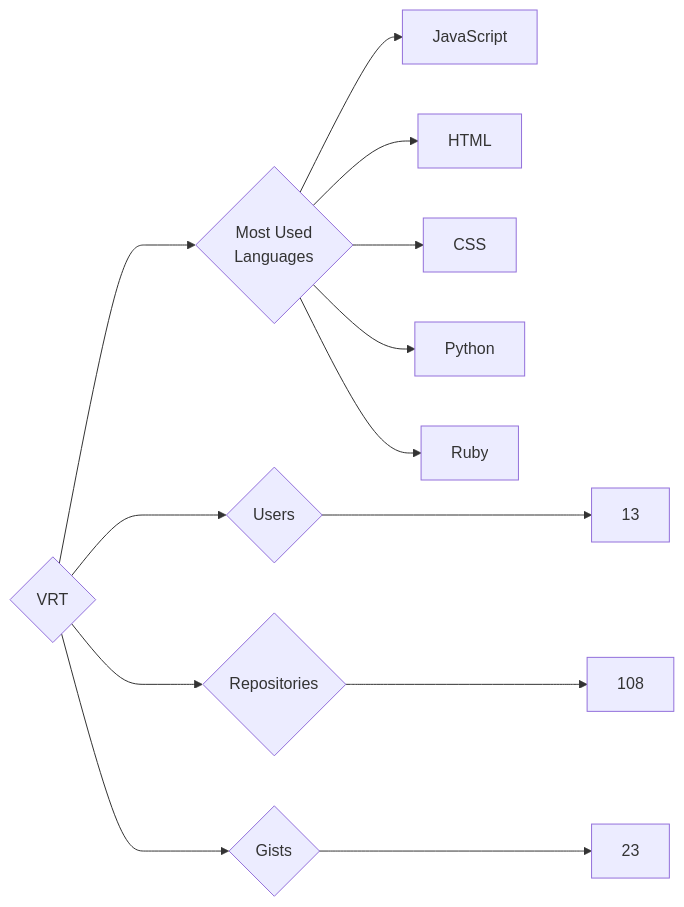
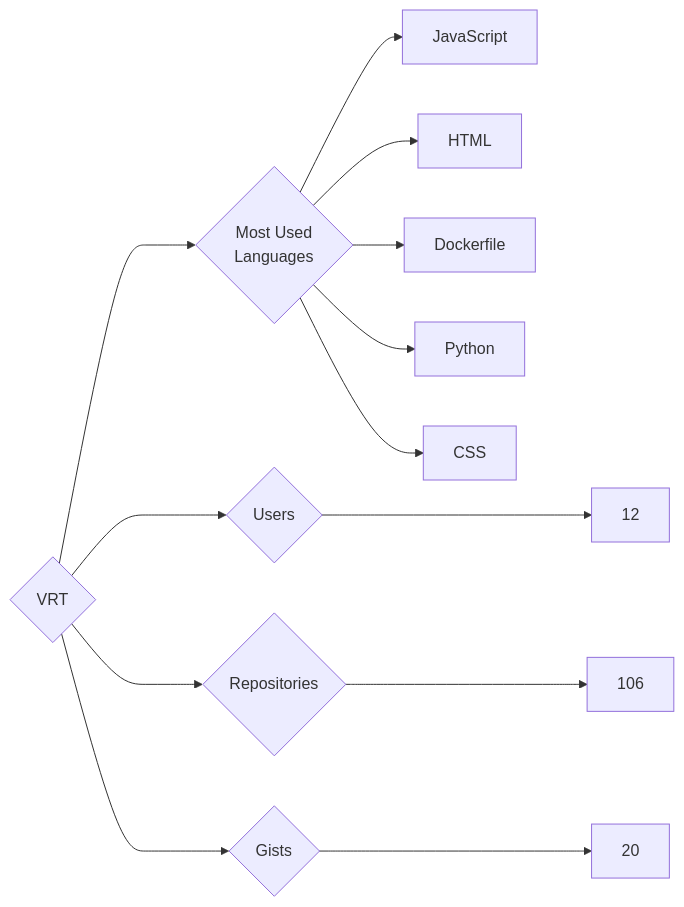
The diagram in targets/VRT/README.md (trickest/insiders), drawn with Mermaid before and after one commit. The commit also changed 806 other files, not shown here.

````diff
--- a/targets/VRT/README.md
+++ b/targets/VRT/README.md
@@ -3,13 +3,13 @@
 ```mermaid
 graph LR
 COMPANY_NAME{VRT}
-COMPANY_NAME ---> U{Users} ---> UN[13]
-COMPANY_NAME ---> R{Repositories} ---> RN[108]
-COMPANY_NAME ---> G{Gists} ---> GN[23]
+COMPANY_NAME ---> U{Users} ---> UN[12]
+COMPANY_NAME ---> R{Repositories} ---> RN[106]
+COMPANY_NAME ---> G{Gists} ---> GN[20]
 COMPANY_NAME ---> ML{Most Used<br>Languages}
 ML --> JavaScript[JavaScript]
 ML --> HTML[HTML]
+ML --> Dockerfile[Dockerfile]
+ML --> Python[Python]
 ML --> CSS[CSS]
-ML --> Python[Python]
-ML --> Ruby[Ruby]
 ```
````
